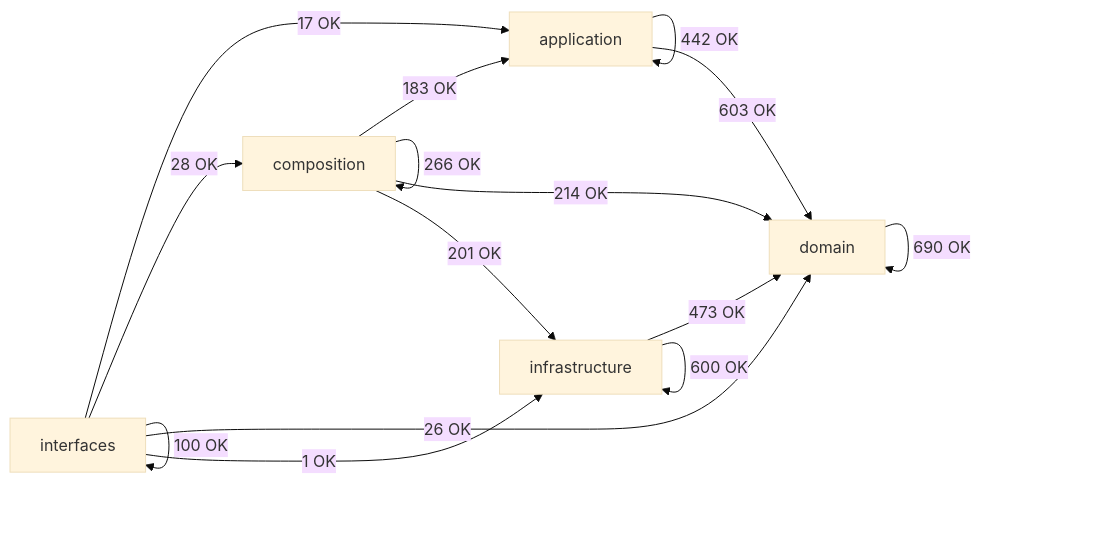
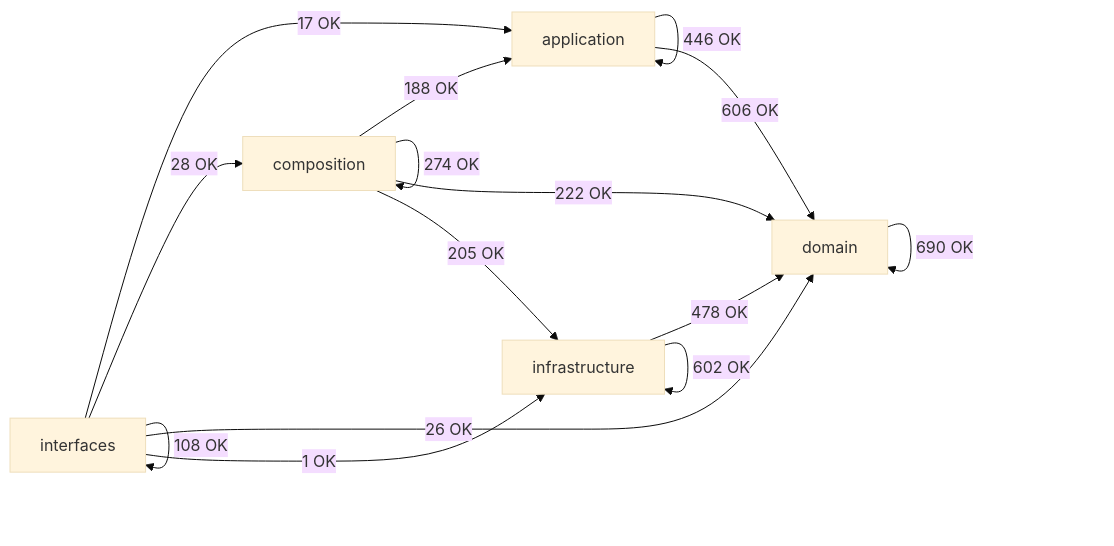
Before and after one commit to SatoryKono/BioactivityDataAcquisition: the diagram in docs/02-architecture/generated/module-dependency-map.md, drawn with Mermaid (base theme). The commit also changed other lines of this file and 247 other files, not shown here.

````diff
--- a/docs/02-architecture/generated/module-dependency-map.md
+++ b/docs/02-architecture/generated/module-dependency-map.md
@@ -16,22 +16,22 @@
 ```mermaid
 flowchart LR
     domain[domain]
     application[application]
     infrastructure[infrastructure]
     composition[composition]
     interfaces[interfaces]
-    application -->|442 OK| application
-    application -->|603 OK| domain
-    composition -->|183 OK| application
-    composition -->|266 OK| composition
-    composition -->|214 OK| domain
-    composition -->|201 OK| infrastructure
+    application -->|446 OK| application
+    application -->|606 OK| domain
+    composition -->|188 OK| application
+    composition -->|274 OK| composition
+    composition -->|222 OK| domain
+    composition -->|205 OK| infrastructure
     domain -->|690 OK| domain
-    infrastructure -->|473 OK| domain
-    infrastructure -->|600 OK| infrastructure
+    infrastructure -->|478 OK| domain
+    infrastructure -->|602 OK| infrastructure
     interfaces -->|17 OK| application
     interfaces -->|28 OK| composition
     interfaces -->|26 OK| domain
     interfaces -->|1 OK| infrastructure
-    interfaces -->|100 OK| interfaces
+    interfaces -->|108 OK| interfaces
 ```
````
